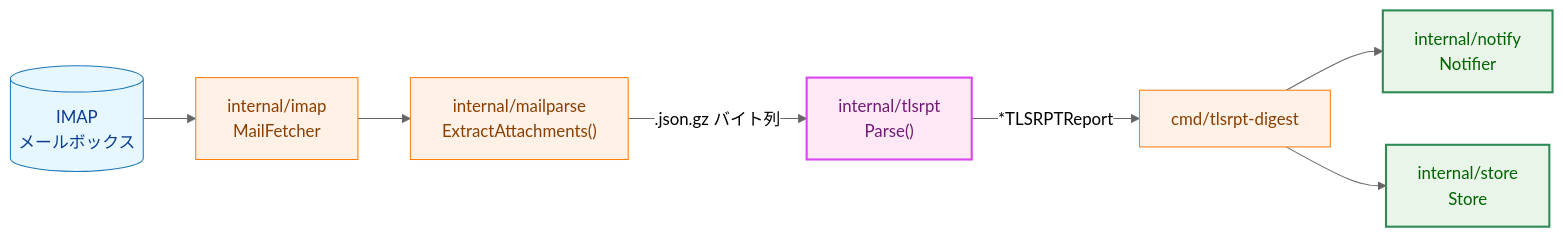
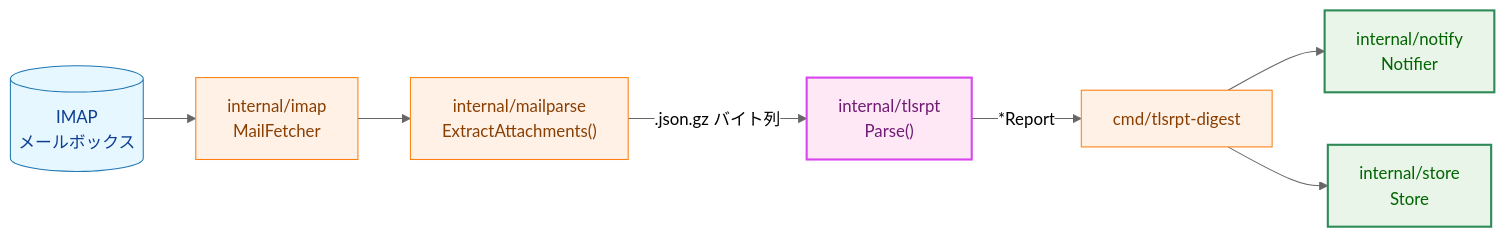
One commit to isseis/tlsrpt-digest changed the third of 7 diagrams in docs/tasks/0020_tlsrpt/02_architecture.md. Above: the diagram before and after it, drawn with Mermaid (neutral theme). The commit also changed other lines of this file and 3 other files, not shown here.

First line of the commit message:
docs: rename TLSRPTReport to Report to avoid package name stutter

````diff
--- a/docs/tasks/0020_tlsrpt/02_architecture.md
+++ b/docs/tasks/0020_tlsrpt/02_architecture.md
@@ -66,26 +66,26 @@
 ```mermaid
 flowchart LR
     classDef data fill:#e6f7ff,stroke:#1f77b4,stroke-width:1px,color:#0b3d91;
     classDef process fill:#fff1e6,stroke:#ff7f0e,stroke-width:1px,color:#8a3e00;
     classDef enhanced fill:#e8f5e8,stroke:#2e8b57,stroke-width:2px,color:#006400;
     classDef newpkg fill:#ffe8f5,stroke:#d946ef,stroke-width:2px,color:#701a75;
 
     IMAP[("IMAP<br>メールボックス")]
     IM["internal/imap<br>MailFetcher"]
     MP["internal/mailparse<br>ExtractAttachments()"]
     TR["internal/tlsrpt<br>Parse()"]
     CMD["cmd/tlsrpt-digest"]
     NT["internal/notify<br>Notifier"]
     ST["internal/store<br>Store"]
 
     IMAP --> IM --> MP
     MP -->|".json.gz バイト列"| TR
-    TR -->|"*TLSRPTReport"| CMD
+    TR -->|"*Report"| CMD
     CMD --> NT
     CMD --> ST
 
     class IMAP data
     class IM,MP,CMD process
     class TR newpkg
     class NT,ST enhanced
 ```
````
